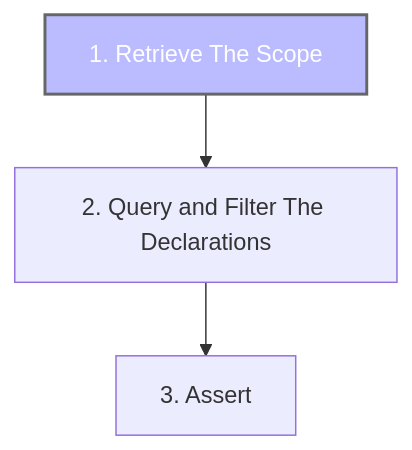
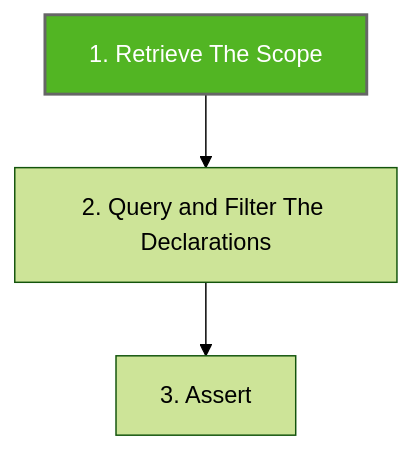
Before and after one commit to LemonAppDev/konsist-documentation: the first of 2 diagrams in features/koscope.md, drawn with Mermaid. The commit also changed 3 other files, not shown here.

````diff
--- a/features/koscope.md
+++ b/features/koscope.md
@@ -9,7 +9,8 @@
 ```mermaid
+%%{init: {'theme':'forest'}}%%
 flowchart TB
     Step1["1. Retrieve The Scope"]-->Step2
     Step2["2. Query and Filter The Declarations"]-->Step3
     Step3["3. Assert"]
-    style Step1 fill:#bbf,stroke:#666,stroke-width:2px,color:#fff
+    style Step1 fill:#52B523,stroke:#666,stroke-width:2px,color:#fff
 ```
````
